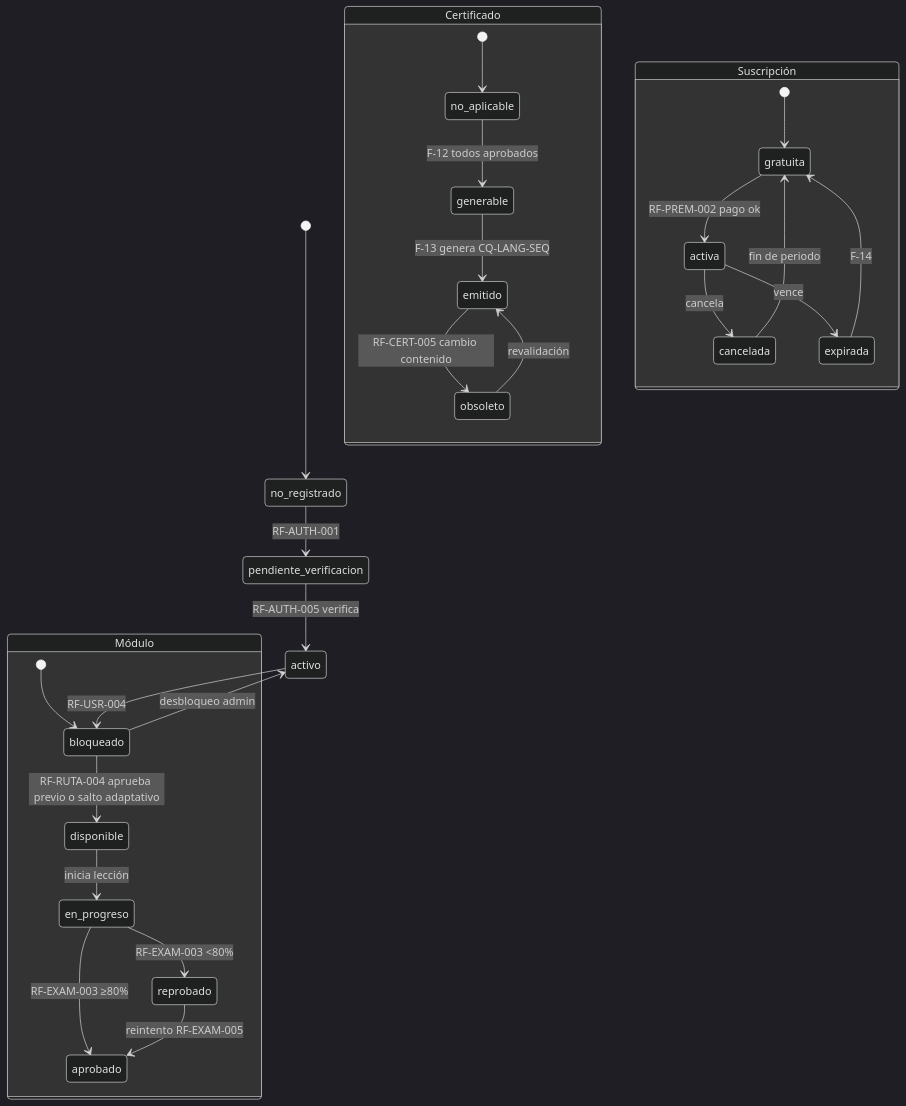
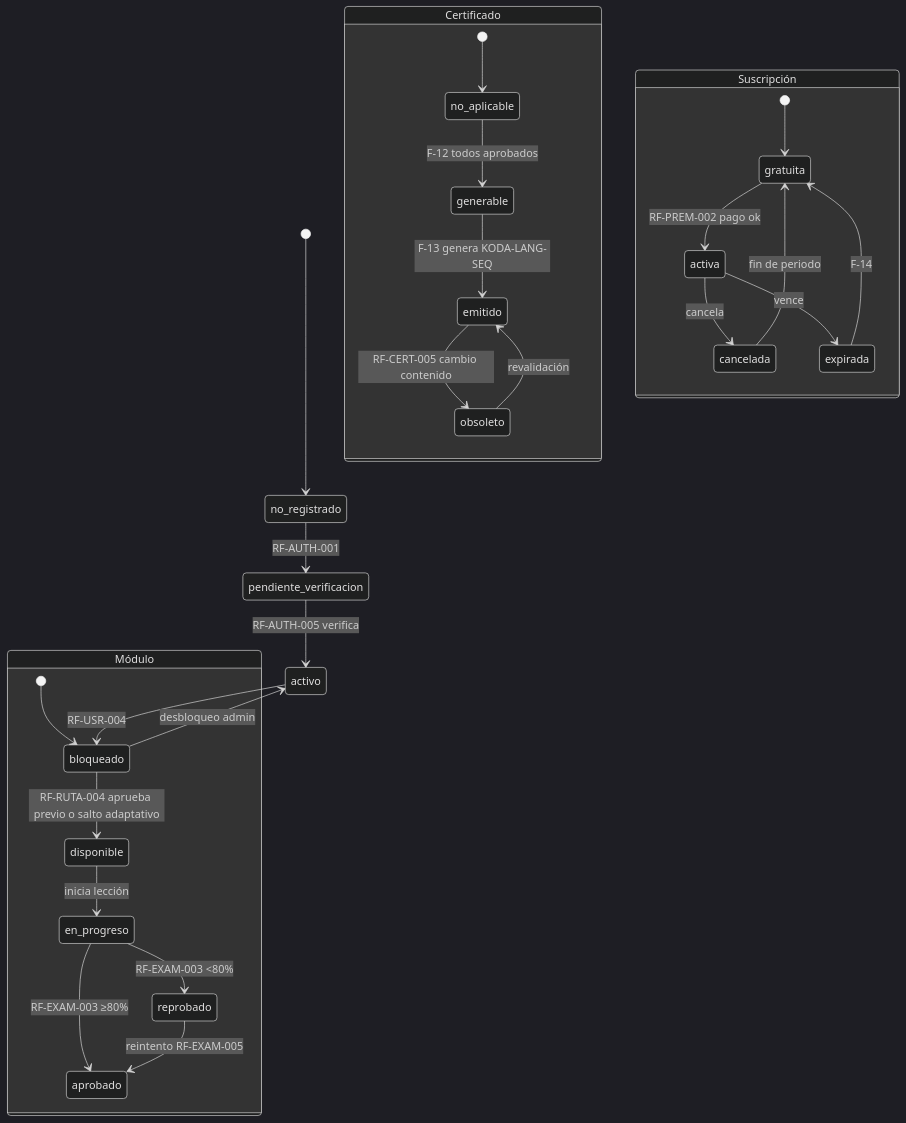
Diagram 17 of 17 in docs/09_USER_FLOWS.md (nastex123/DuolingoProgramacion), drawn with Mermaid (dark theme) before and after one commit. The commit also changed other lines of this file and 29 other files, not shown here.

````diff
--- a/docs/09_USER_FLOWS.md
+++ b/docs/09_USER_FLOWS.md
@@ -1007,34 +1007,34 @@
 ```mermaid
 stateDiagram-v2
     [*] --> no_registrado
     no_registrado --> pendiente_verificacion: RF-AUTH-001
     pendiente_verificacion --> activo: RF-AUTH-005 verifica
     activo --> bloqueado: RF-USR-004
     bloqueado --> activo: desbloqueo admin
 
     state "Módulo" as mod {
         [*] --> bloqueado
         bloqueado --> disponible: RF-RUTA-004 aprueba previo o salto adaptativo
         disponible --> en_progreso: inicia lección
         en_progreso --> aprobado: RF-EXAM-003 ≥80%
         en_progreso --> reprobado: RF-EXAM-003 <80%
         reprobado --> aprobado: reintento RF-EXAM-005
     }
 
     state "Certificado" as cert {
         [*] --> no_aplicable
         no_aplicable --> generable: F-12 todos aprobados
-        generable --> emitido: F-13 genera CQ-LANG-SEQ
+        generable --> emitido: F-13 genera KODA-LANG-SEQ
         emitido --> obsoleto: RF-CERT-005 cambio contenido
         obsoleto --> emitido: revalidación
     }
 
     state "Suscripción" as sub {
         [*] --> gratuita
         gratuita --> activa: RF-PREM-002 pago ok
         activa --> cancelada: cancela
         activa --> expirada: vence
         cancelada --> gratuita: fin de periodo
         expirada --> gratuita: F-14
     }
 ```
````
